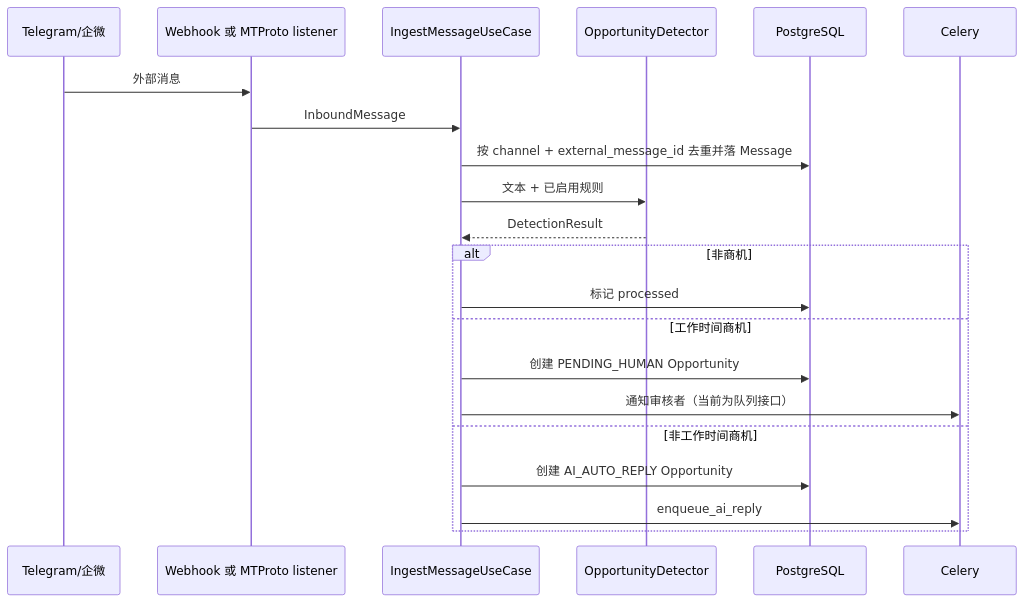
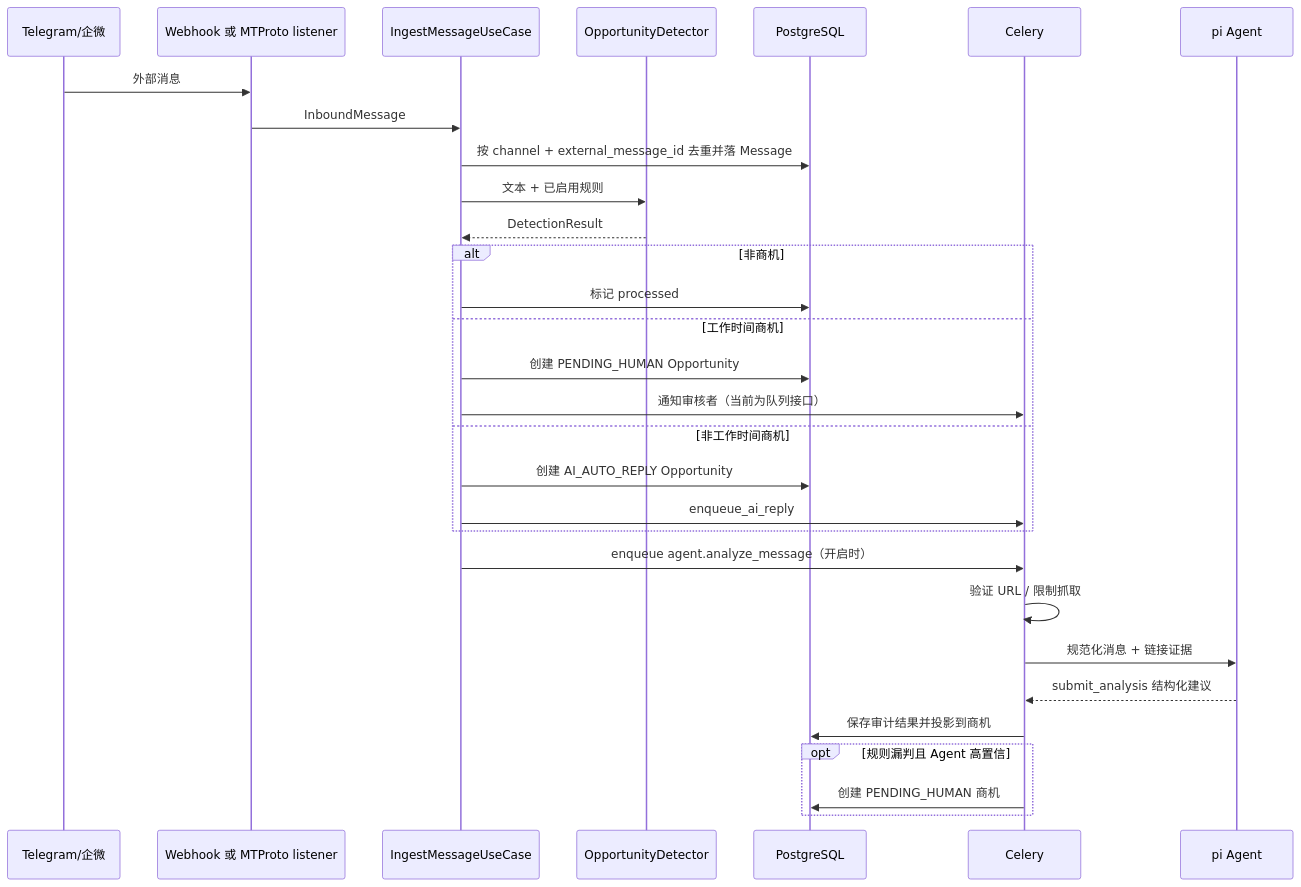
The third of 3 diagrams in docs/architecture/overview.md (story2u/OpenMIRA), drawn with Mermaid before and after one commit. The commit also changed other lines of this file and 61 other files, not shown here.

Commit message:
feat: integrate pi agent message processing

````diff
--- a/docs/architecture/overview.md
+++ b/docs/architecture/overview.md
@@ -96,24 +99,33 @@
 ```mermaid
 sequenceDiagram
     participant IM as Telegram/企微
     participant E as Webhook 或 MTProto listener
     participant U as IngestMessageUseCase
     participant D as OpportunityDetector
     participant DB as PostgreSQL
     participant Q as Celery
+    participant P as pi Agent
 
     IM->>E: 外部消息
     E->>U: InboundMessage
     U->>DB: 按 channel + external_message_id 去重并落 Message
     U->>D: 文本 + 已启用规则
     D-->>U: DetectionResult
     alt 非商机
         U->>DB: 标记 processed
     else 工作时间商机
         U->>DB: 创建 PENDING_HUMAN Opportunity
         U->>Q: 通知审核者（当前为队列接口）
     else 非工作时间商机
         U->>DB: 创建 AI_AUTO_REPLY Opportunity
         U->>Q: enqueue_ai_reply
     end
+    U->>Q: enqueue agent.analyze_message（开启时）
+    Q->>Q: 验证 URL / 限制抓取
+    Q->>P: 规范化消息 + 链接证据
+    P-->>Q: submit_analysis 结构化建议
+    Q->>DB: 保存审计结果并投影到商机
+    opt 规则漏判且 Agent 高置信
+        Q->>DB: 创建 PENDING_HUMAN 商机
+    end
 ```
````
